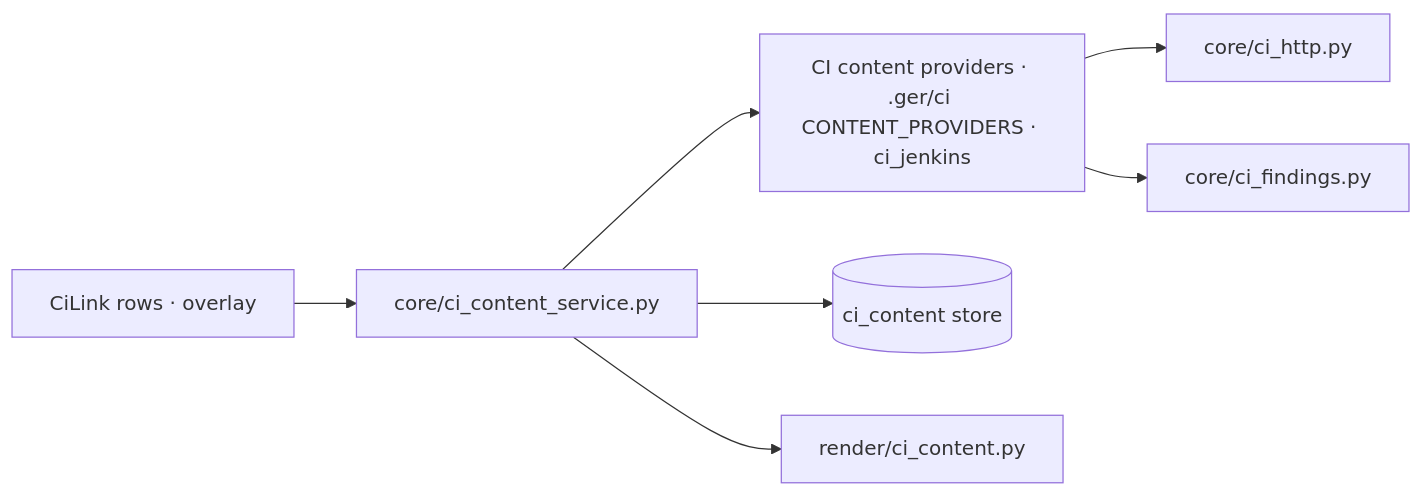
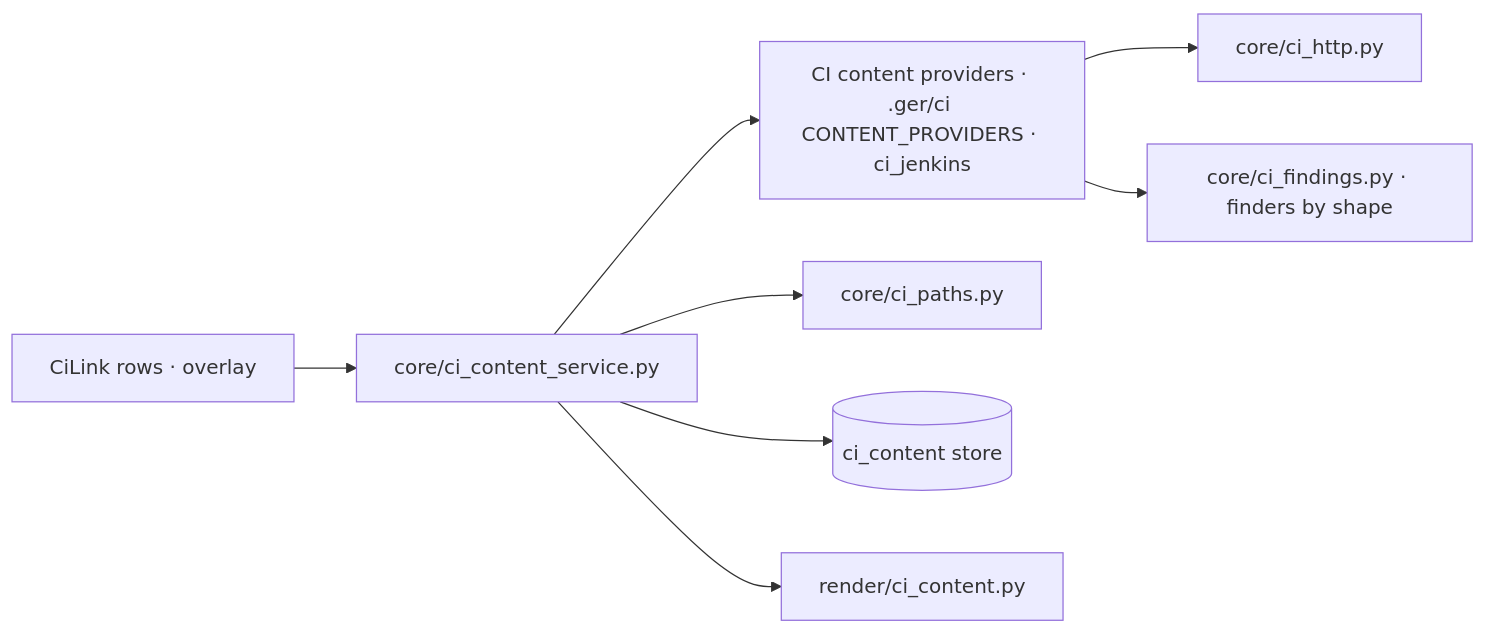
One commit to togrue/gerrit-workflow-tools changed the ninth of 10 diagrams in docu/architecture.md. Above: the diagram before and after it, drawn with Mermaid. The commit also changed other lines of this file and 25 other files, not shown here.

````diff
--- a/docu/architecture.md
+++ b/docu/architecture.md
@@ -356,17 +356,19 @@
 ```mermaid
 flowchart LR
   links[CiLink rows · overlay]
   svc[core/ci_content_service.py]
   prov[CI content providers · .ger/ci CONTENT_PROVIDERS · ci_jenkins]
-  find[core/ci_findings.py]
+  find[core/ci_findings.py · finders by shape]
+  paths[core/ci_paths.py]
   http[core/ci_http.py]
   store[(ci_content store)]
   render[render/ci_content.py]
 
   links --> svc
   svc --> store
   svc --> prov
   prov --> http
   prov --> find
+  svc --> paths
   svc --> render
 ```
````
